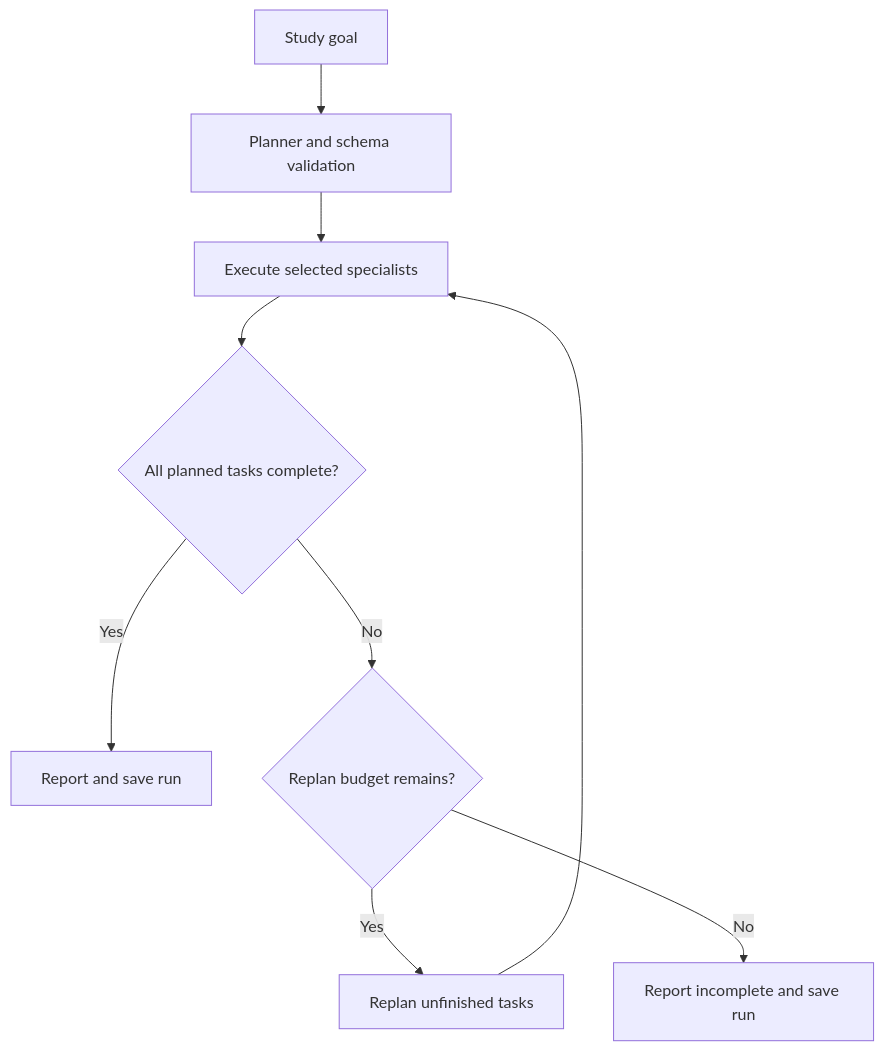
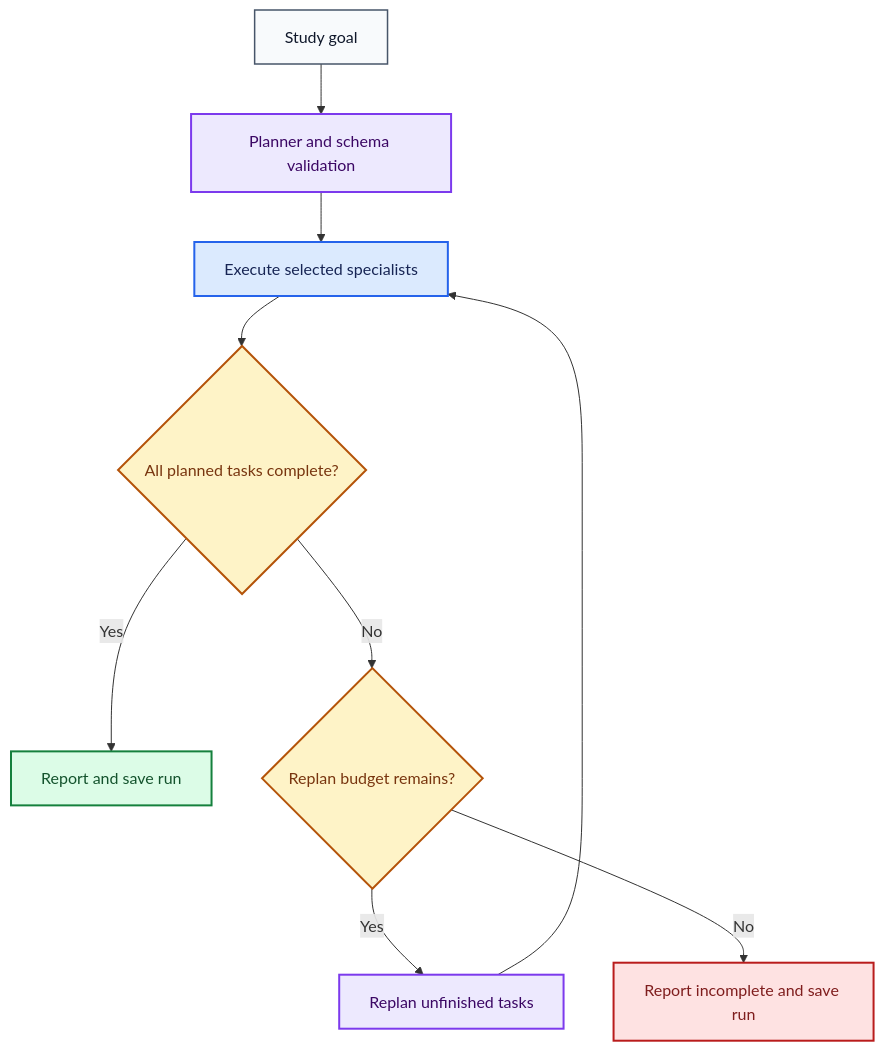
Before and after one commit to anne500/multi-agent-study-guide: the diagram in docs/V14_GUIDE.md, drawn with Mermaid. The commit also changed other lines of this file and 7 other files, not shown here.

Commit message:
Add visual learning map and color-coded architecture documentation

````diff
--- a/docs/V14_GUIDE.md
+++ b/docs/V14_GUIDE.md
@@ -18,11 +20,23 @@
 ```mermaid
 flowchart TD
     A[Study goal] --> B[Planner and schema validation]
     B --> C[Execute selected specialists]
     C --> D{All planned tasks complete?}
     D -->|Yes| E[Report and save run]
     D -->|No| F{Replan budget remains?}
     F -->|Yes| G[Replan unfinished tasks]
     G --> C
     F -->|No| H[Report incomplete and save run]
+
+    classDef default fill:#F8FAFC,stroke:#475569,color:#0F172A,stroke-width:1.5px;
+    classDef model fill:#EDE9FE,stroke:#7C3AED,color:#3B0764,stroke-width:2px;
+    class B,G model;
+    classDef logic fill:#DBEAFE,stroke:#2563EB,color:#172554,stroke-width:2px;
+    class C logic;
+    classDef decision fill:#FEF3C7,stroke:#B45309,color:#78350F,stroke-width:2px;
+    class D,F decision;
+    classDef success fill:#DCFCE7,stroke:#15803D,color:#14532D,stroke-width:2px;
+    class E success;
+    classDef failure fill:#FEE2E2,stroke:#B91C1C,color:#7F1D1D,stroke-width:2px;
+    class H failure;
 ```
````
